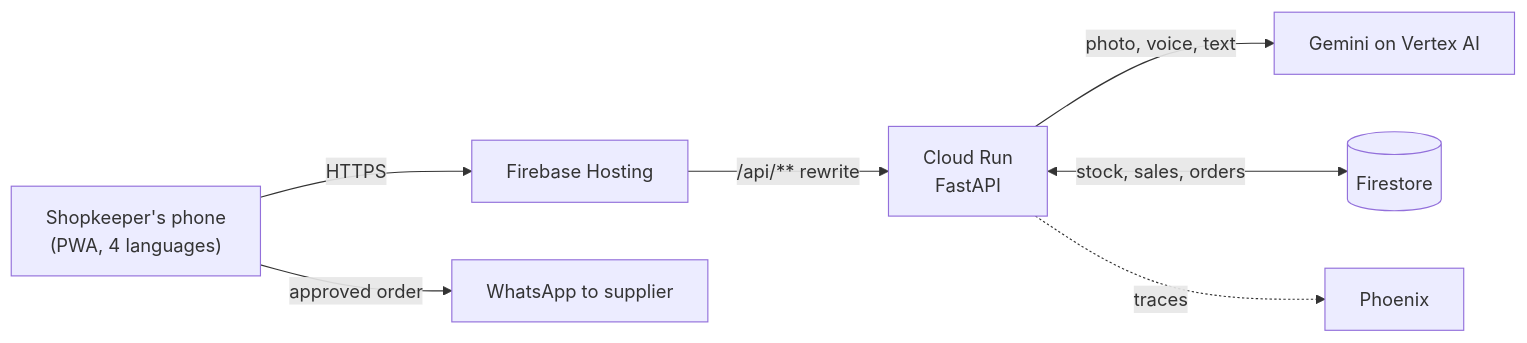
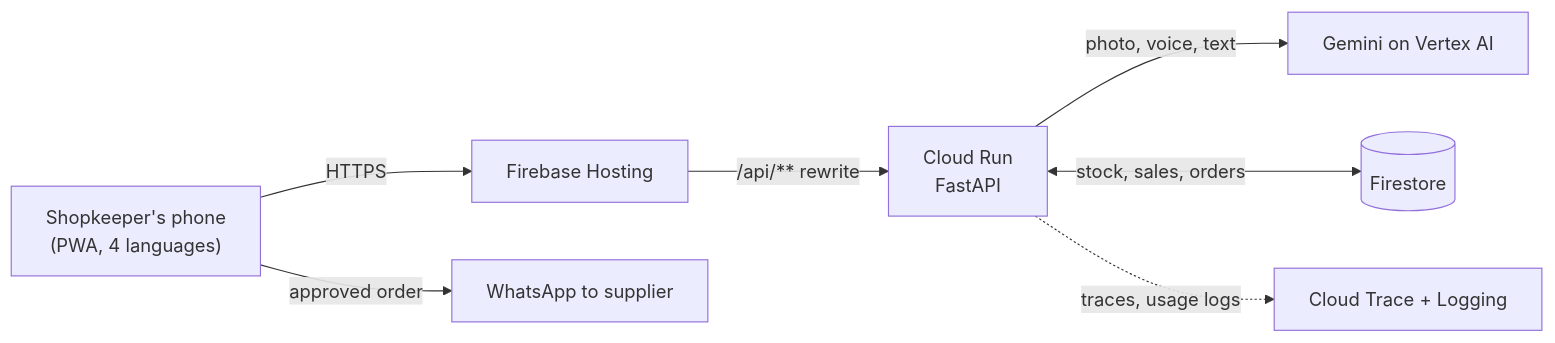
The diagram in README.md (MinKhaungMinLwin/Jaga-Kedai), drawn with Mermaid before and after one commit. The commit also changed other lines of this file and 13 other files, not shown here.

Commit message:
feat(api): Cloud Trace and per-call Gemini usage/cost logs; remove Phoenix

````diff
--- a/README.md
+++ b/README.md
@@ -40,9 +40,9 @@
 ```mermaid
 flowchart LR
   U["Shopkeeper's phone<br/>(PWA, 4 languages)"] -->|HTTPS| H["Firebase Hosting"]
   H -->|"/api/** rewrite"| R["Cloud Run<br/>FastAPI"]
   R -->|"photo, voice, text"| G["Gemini on Vertex AI"]
   R <-->|"stock, sales, orders"| F[("Firestore")]
-  R -.->|traces| P["Phoenix"]
+  R -.->|"traces, usage logs"| O["Cloud Trace + Logging"]
   U -->|"approved order"| W["WhatsApp to supplier"]
 ```
````
